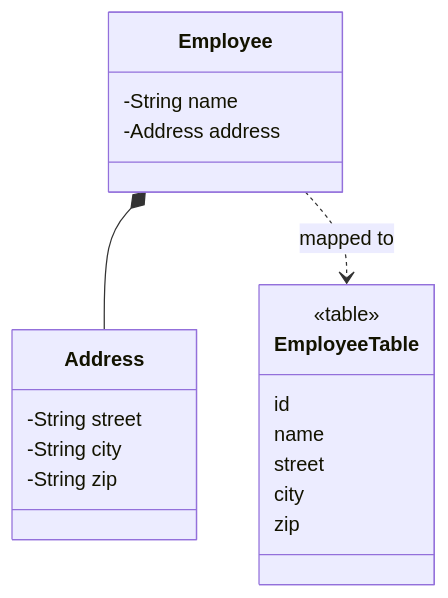
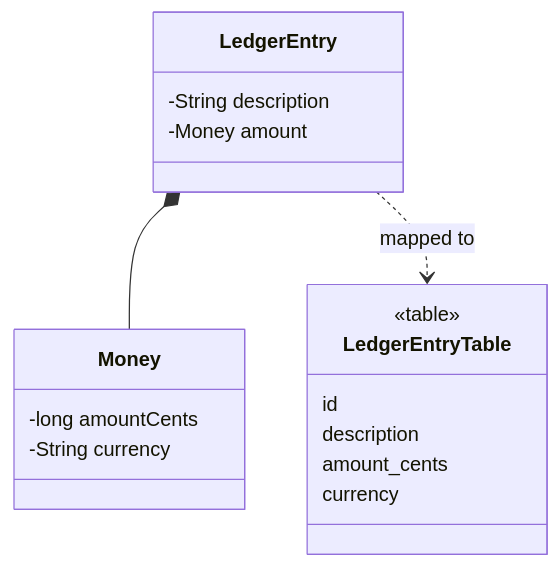
One commit to alancesar/design-patterns changed the diagram in i18n/en/docusaurus-plugin-content-docs/current/design/poeaa/object-relational-structural/embedded-value.md. Above: the diagram before and after it, drawn with Mermaid. The commit also changed other lines of this file and 95 other files, not shown here.

First line of the commit message:
Switch PoEAA examples and diagrams to fintech scenarios

````diff
--- a/i18n/en/docusaurus-plugin-content-docs/current/design/poeaa/object-relational-structural/embedded-value.md
+++ b/i18n/en/docusaurus-plugin-content-docs/current/design/poeaa/object-relational-structural/embedded-value.md
@@ -50,22 +50,20 @@
 ```mermaid
 classDiagram
-    class Employee {
-        -String name
-        -Address address
+    class LedgerEntry {
+        -String description
+        -Money amount
     }
-    class Address {
-        -String street
-        -String city
-        -String zip
+    class Money {
+        -long amountCents
+        -String currency
     }
-    class EmployeeTable {
+    class LedgerEntryTable {
         <<table>>
         id
-        name
-        street
-        city
-        zip
+        description
+        amount_cents
+        currency
     }
-    Employee *-- Address
-    Employee ..> EmployeeTable : mapped to
+    LedgerEntry *-- Money
+    LedgerEntry ..> LedgerEntryTable : mapped to
 ```
````
